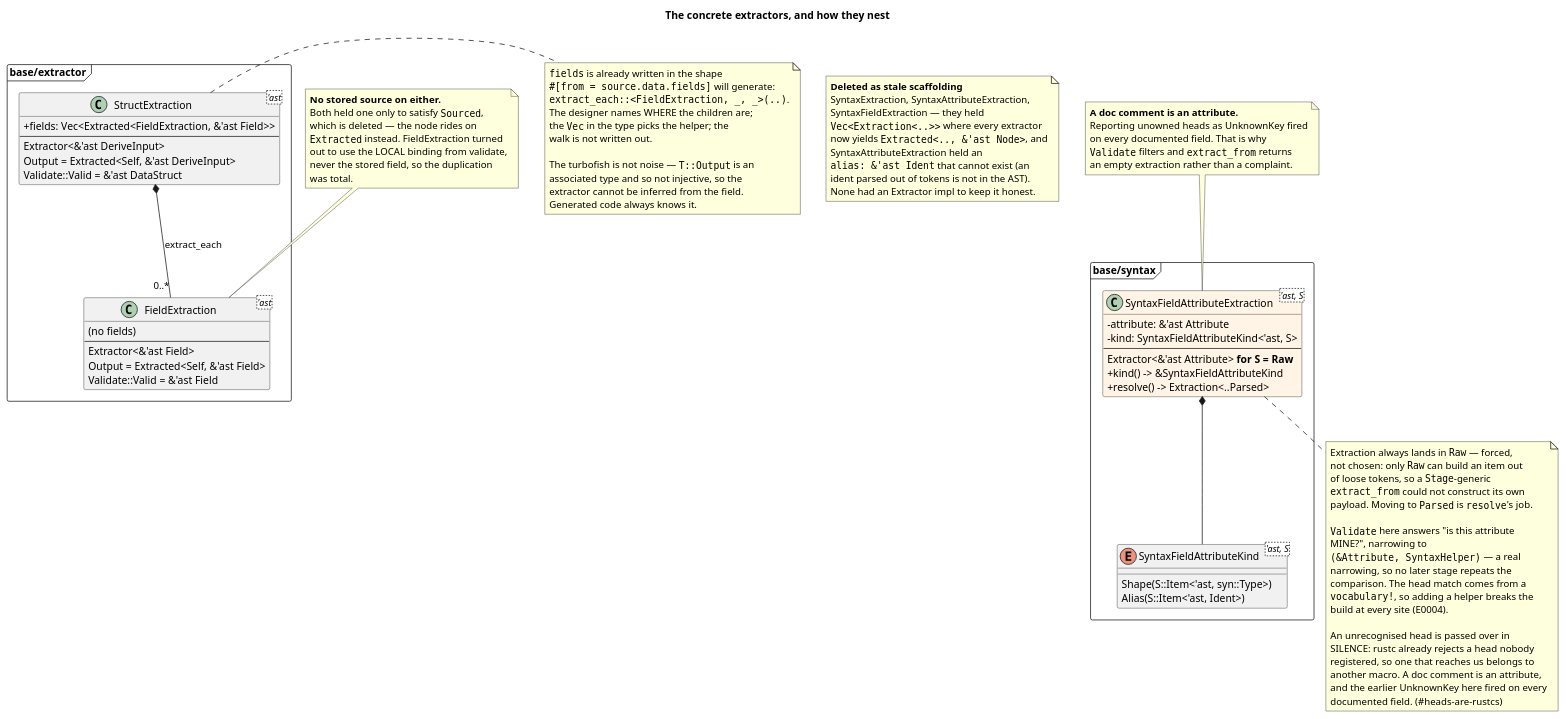
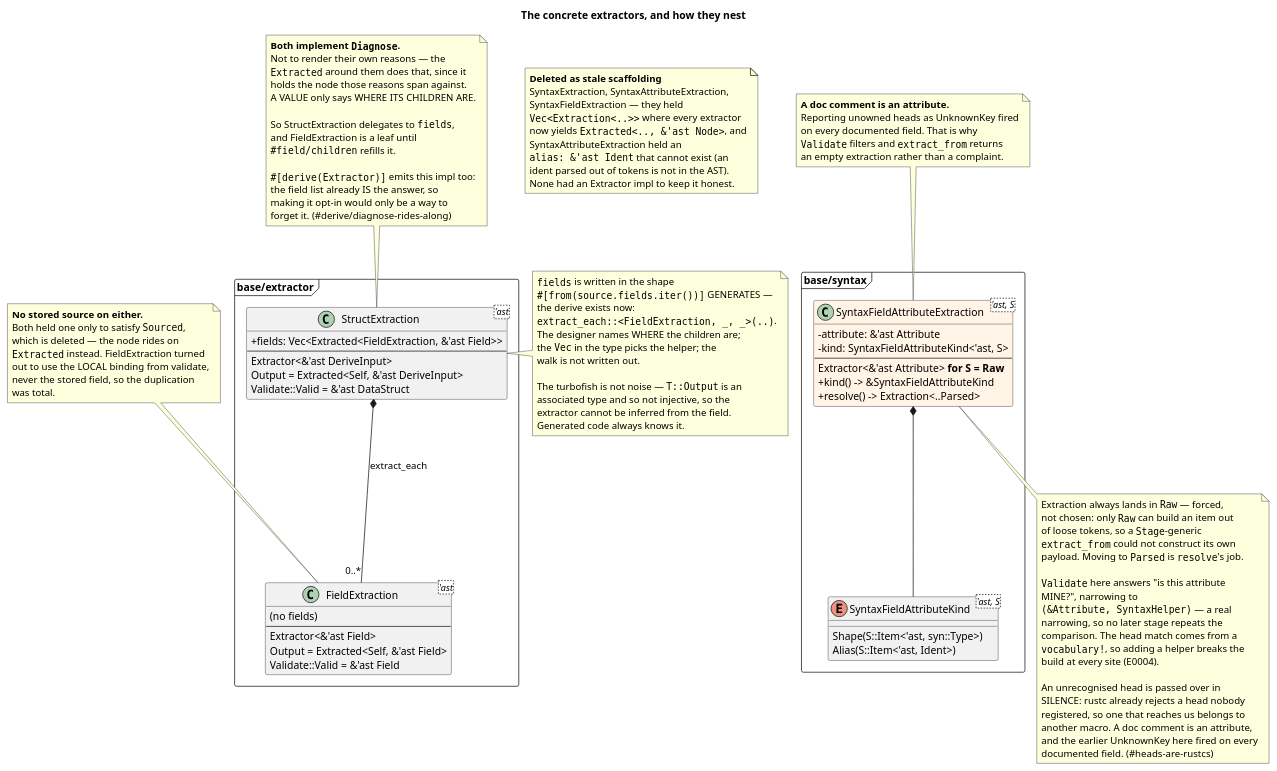
Before and after one commit to nzuzomagagula/proc-macro-flow: the diagram in docs/design/07-class-extractors.puml, drawn with PlantUML. The commit also changed 16 other files, not shown here.

```diff
--- a/docs/design/07-class-extractors.puml
+++ b/docs/design/07-class-extractors.puml
@@ -1,118 +1,138 @@
 @startuml class-extractors
 title The concrete extractors, and how they nest
 
 skinparam shadowing false
 skinparam classAttributeIconSize 0
 
 package "base/extractor" <<Frame>> {
 
   class "StructExtraction<'ast>" as Struct {
     +fields: Vec<Extracted<FieldExtraction, &'ast Field>>
     --
     Extractor<&'ast DeriveInput>
     Output = Extracted<Self, &'ast DeriveInput>
     Validate::Valid = &'ast DataStruct
   }
 
   class "FieldExtraction<'ast>" as Field {
     (no fields)
     --
     Extractor<&'ast Field>
     Output = Extracted<Self, &'ast Field>
     Validate::Valid = &'ast Field
   }
 
 }
 
 package "base/syntax" <<Frame>> {
 
   class "SyntaxFieldAttributeExtraction<'ast, S>" as Syntax #FFF4E5 {
     -attribute: &'ast Attribute
     -kind: SyntaxFieldAttributeKind<'ast, S>
     --
     Extractor<&'ast Attribute> **for S = Raw**
     +kind() -> &SyntaxFieldAttributeKind
     +resolve() -> Extraction<..Parsed>
   }
 
   enum "SyntaxFieldAttributeKind<'ast, S>" as Kind {
     Shape(S::Item<'ast, syn::Type>)
     Alias(S::Item<'ast, Ident>)
   }
 }
 
 Struct *-- "0..*" Field : extract_each
 Syntax *-- Kind
 
 note as Deleted2
   **No stored source on either.**
   Both held one only to satisfy ""Sourced"",
   which is deleted — the node rides on
   ""Extracted"" instead. FieldExtraction turned
   out to use the LOCAL binding from validate,
   never the stored field, so the duplication
   was total.
 end note
 
 Deleted2 .. Field
 
+note as Diagnosed
+  **Both implement ""Diagnose"".**
+  Not to render their own reasons — the
+  ""Extracted"" around them does that, since it
+  holds the node those reasons span against.
+  A VALUE only says WHERE ITS CHILDREN ARE.
+
+  So StructExtraction delegates to ""fields"",
+  and FieldExtraction is a leaf until
+  ""#field/children"" refills it.
+
+  ""#[derive(Extractor)]"" emits this impl too:
+  the field list already IS the answer, so
+  making it opt-in would only be a way to
+  forget it. (#derive/diagnose-rides-along)
+end note
+
+Diagnosed .. Struct
+
 note right of Struct
-  ""fields"" is already written in the shape
-  ""#[from = source.data.fields]"" will generate:
+  ""fields"" is written in the shape
+  ""#[from(source.fields.iter())]"" GENERATES —
+  the derive exists now:
   ""extract_each::<FieldExtraction, _, _>(..)"".
   The designer names WHERE the children are;
   the ""Vec"" in the type picks the helper; the
   walk is not written out.
 
   The turbofish is not noise — ""T::Output"" is an
   associated type and so not injective, so the
   extractor cannot be inferred from the field.
   Generated code always knows it.
 end note
 
 note as Deleted
   **Deleted as stale scaffolding**
   SyntaxExtraction, SyntaxAttributeExtraction,
   SyntaxFieldExtraction — they held
   ""Vec<Extraction<..>>"" where every extractor
   now yields ""Extracted<.., &'ast Node>"", and
   SyntaxAttributeExtraction held an
   ""alias: &'ast Ident"" that cannot exist (an
   ident parsed out of tokens is not in the AST).
   None had an Extractor impl to keep it honest.
 end note
 
 note bottom of Syntax
   Extraction always lands in ""Raw"" — forced,
   not chosen: only ""Raw"" can build an item out
   of loose tokens, so a ""Stage""-generic
   ""extract_from"" could not construct its own
   payload. Moving to ""Parsed"" is ""resolve""'s job.
 
   ""Validate"" here answers "is this attribute
   MINE?", narrowing to
   ""(&Attribute, SyntaxHelper)"" — a real
   narrowing, so no later stage repeats the
   comparison. The head match comes from a
   ""vocabulary!"", so adding a helper breaks the
   build at every site (E0004).
 
   An unrecognised head is passed over in
   SILENCE: rustc already rejects a head nobody
   registered, so one that reaches us belongs to
   another macro. A doc comment is an attribute,
   and the earlier UnknownKey here fired on every
   documented field. (#heads-are-rustcs)
 end note
 
 note as Foreign
   **A doc comment is an attribute.**
   Reporting unowned heads as UnknownKey fired
   on every documented field. That is why
   ""Validate"" filters and ""extract_from"" returns
   an empty extraction rather than a complaint.
 end note
 
 Foreign .. Syntax
 
 @enduml
```
